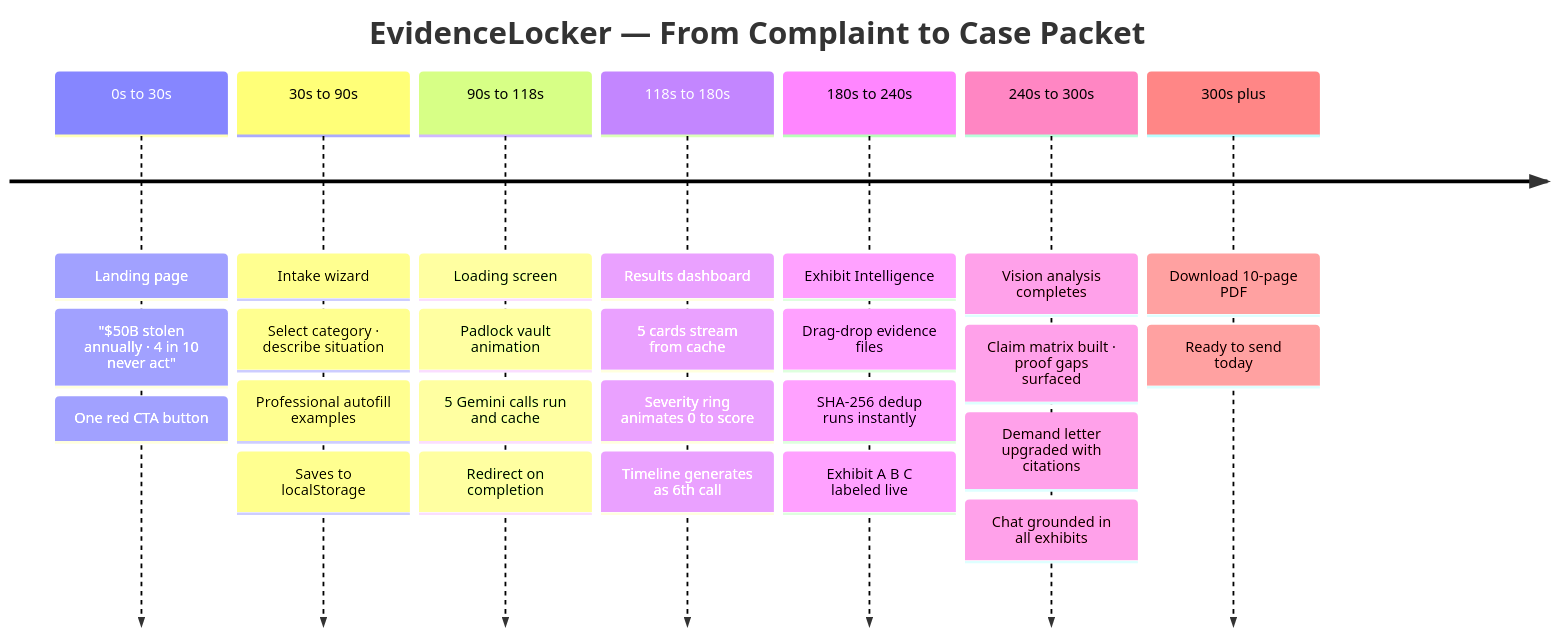
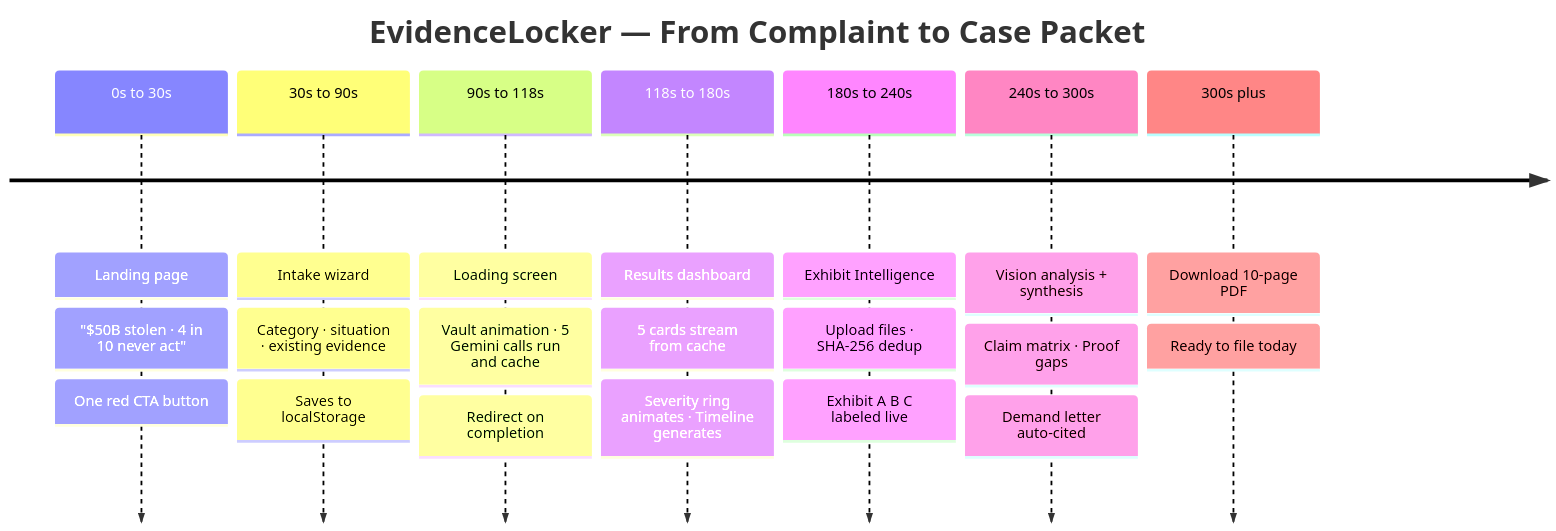
Before and after one commit to Iceman-Dann/Evidence-Locker: the tenth of 11 diagrams in README.md, drawn with Mermaid. The commit also changed other lines of this file, not shown here.

````diff
--- a/README.md
+++ b/README.md
@@ -469,36 +481,31 @@
 ```mermaid
 timeline
     title EvidenceLocker — From Complaint to Case Packet
 
-    0s to 30s   : Landing page
-                : "$50B stolen annually · 4 in 10 never act"
-                : One red CTA button
+    0s to 30s    : Landing page
+                 : "$50B stolen · 4 in 10 never act"
+                 : One red CTA button
 
-    30s to 90s  : Intake wizard
-                : Select category · describe situation
-                : Professional autofill examples
-                : Saves to localStorage
+    30s to 90s   : Intake wizard
+                 : Category · situation · existing evidence
+                 : Saves to localStorage
 
-    90s to 118s : Loading screen
-                : Padlock vault animation
-                : 5 Gemini calls run and cache
-                : Redirect on completion
+    90s to 118s  : Loading screen
+                 : Vault animation · 5 Gemini calls run and cache
+                 : Redirect on completion
 
     118s to 180s : Results dashboard
                  : 5 cards stream from cache
-                 : Severity ring animates 0 to score
-                 : Timeline generates as 6th call
+                 : Severity ring animates · Timeline generates
 
     180s to 240s : Exhibit Intelligence
-                 : Drag-drop evidence files
-                 : SHA-256 dedup runs instantly
+                 : Upload files · SHA-256 dedup
                  : Exhibit A B C labeled live
 
-    240s to 300s : Vision analysis completes
-                 : Claim matrix built · proof gaps surfaced
-                 : Demand letter upgraded with citations
-                 : Chat grounded in all exhibits
+    240s to 300s : Vision analysis + synthesis
+                 : Claim matrix · Proof gaps
+                 : Demand letter auto-cited
 
-    300s plus   : Download 10-page PDF
-                : Ready to send today
+    300s plus    : Download 10-page PDF
+                 : Ready to file today
 ```
````
